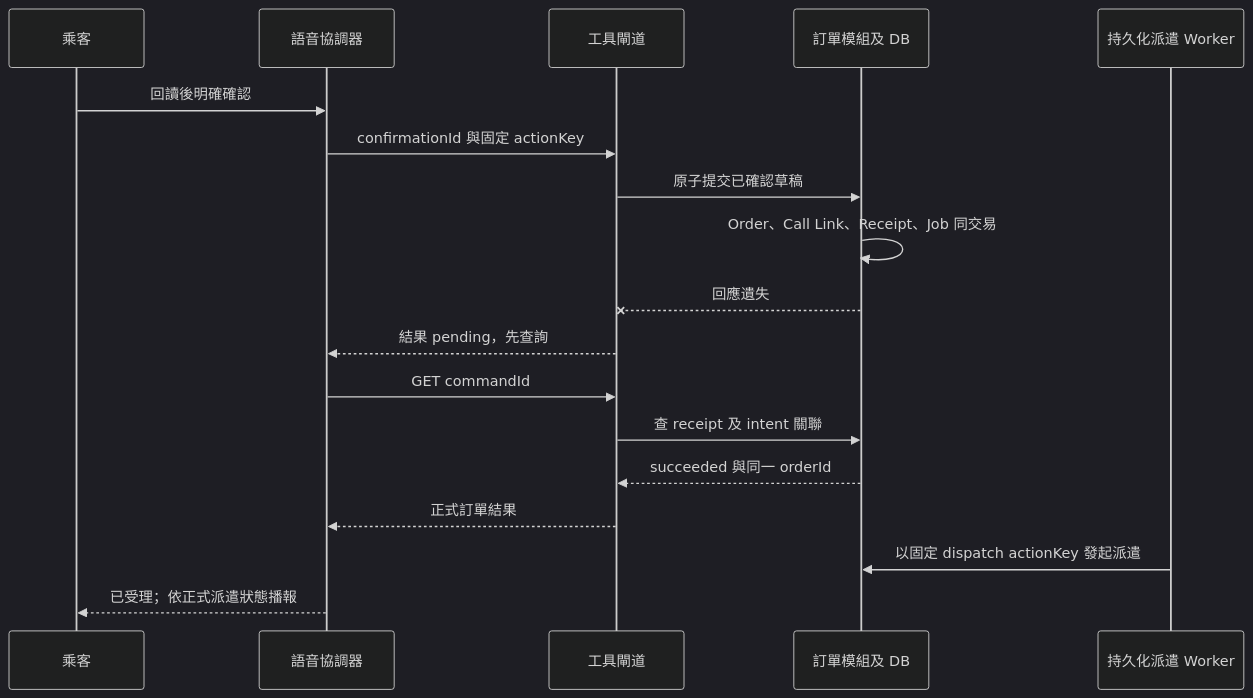
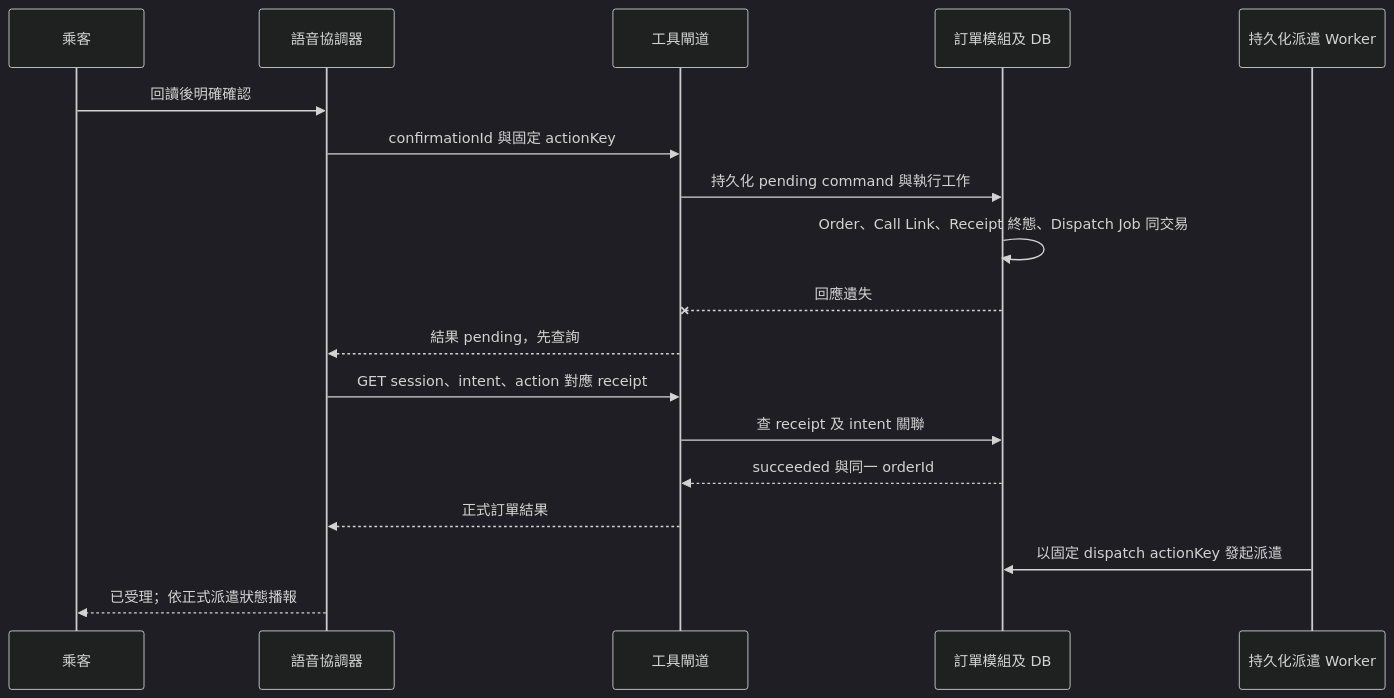
The second of 2 diagrams in docs/02-architecture/phase1-unattended-voice-booking-sd-20260906.md (ajoe734/drts-fleet-platform), drawn with Mermaid (dark theme) before and after one commit. The commit also changed other lines of this file and 3 other files, not shown here.

````diff
--- a/docs/02-architecture/phase1-unattended-voice-booking-sd-20260906.md
+++ b/docs/02-architecture/phase1-unattended-voice-booking-sd-20260906.md
@@ -242,20 +252,20 @@
 ```mermaid
 sequenceDiagram
     participant P as 乘客
     participant D as 語音協調器
     participant G as 工具閘道
     participant O as 訂單模組及 DB
     participant W as 持久化派遣 Worker
     P->>D: 回讀後明確確認
     D->>G: confirmationId 與固定 actionKey
-    G->>O: 原子提交已確認草稿
-    O->>O: Order、Call Link、Receipt、Job 同交易
+    G->>O: 持久化 pending command 與執行工作
+    O->>O: Order、Call Link、Receipt 終態、Dispatch Job 同交易
     O--xG: 回應遺失
     G-->>D: 結果 pending，先查詢
-    D->>G: GET commandId
+    D->>G: GET session、intent、action 對應 receipt
     G->>O: 查 receipt 及 intent 關聯
     O-->>G: succeeded 與同一 orderId
     G-->>D: 正式訂單結果
     W->>O: 以固定 dispatch actionKey 發起派遣
     D-->>P: 已受理；依正式派遣狀態播報
 ```
````
